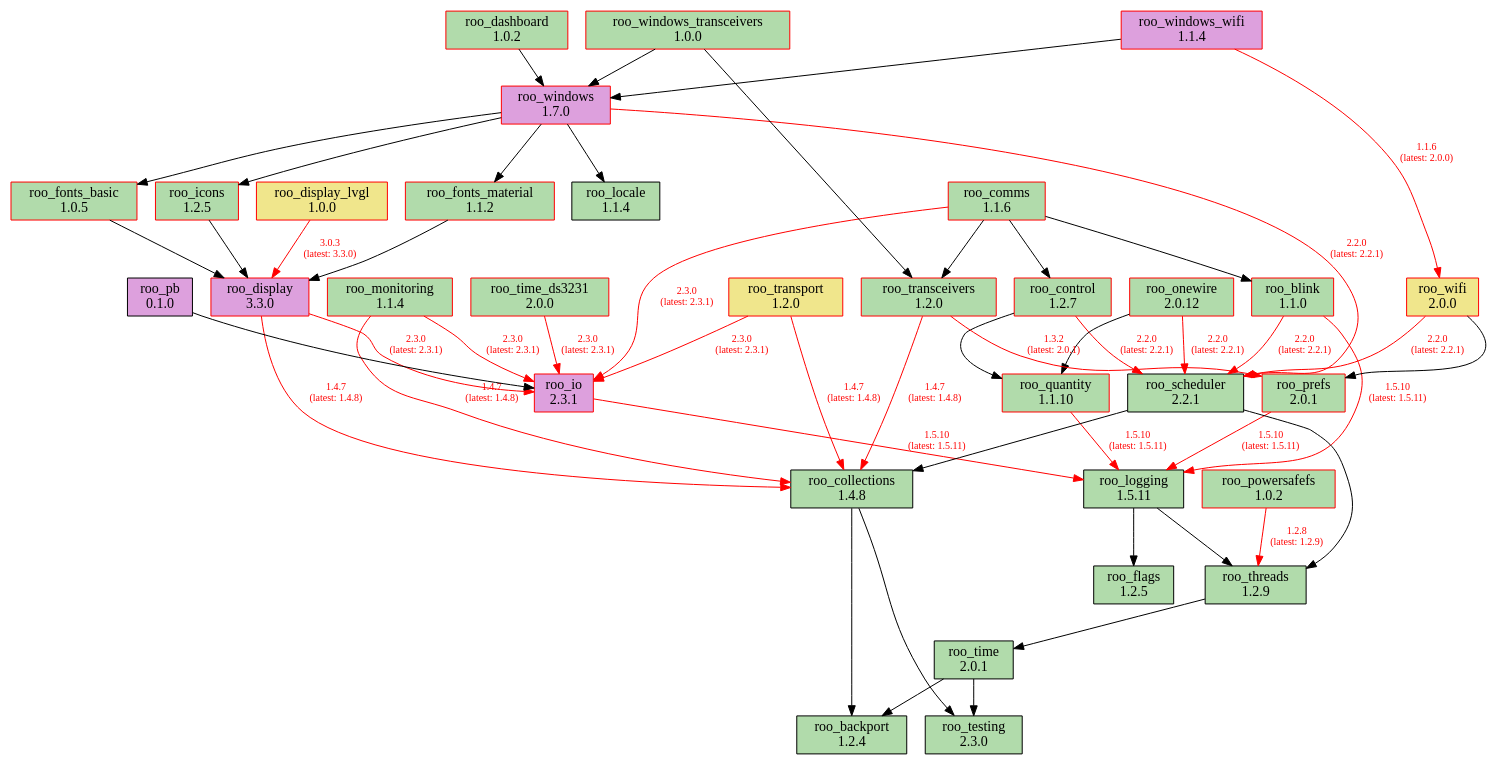
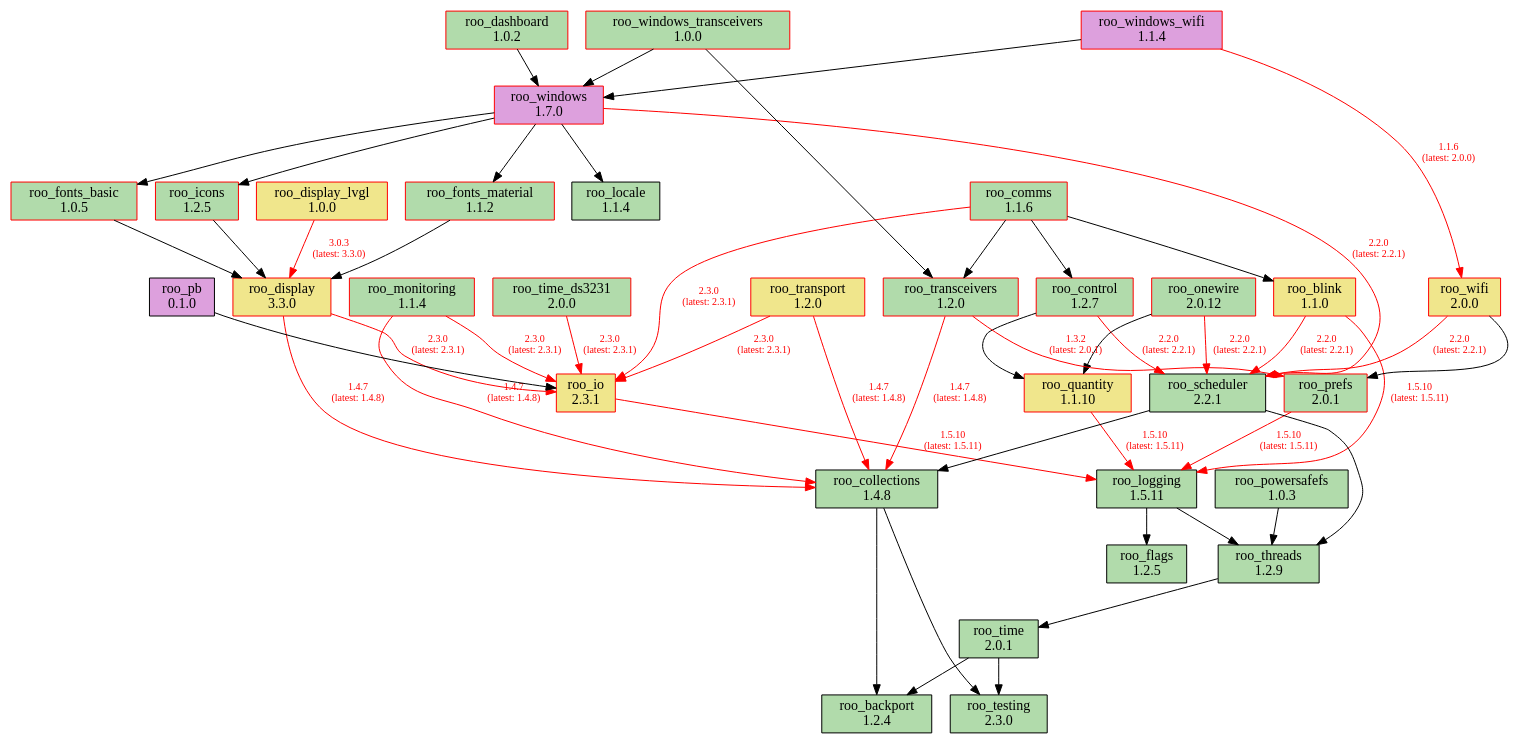
Before and after one commit to dejwk/roo-registry: the diagram in doc/dependencies.dot, drawn with Graphviz. The commit also changed 3 other files, not shown here.

Commit message:
Added roo_powersafefs 1.0.3 to the registry.

```diff
--- a/doc/dependencies.dot
+++ b/doc/dependencies.dot
@@ -1,90 +1,90 @@
 digraph dependencies {
     rankdir=TB;
     node [shape=box, style=filled];
     edge [fontsize=10];
 
     // Modules
     "roo_backport" [label="roo_backport\n1.2.4", fillcolor="#b1dbab", color="black"];
-    "roo_blink" [label="roo_blink\n1.1.0", fillcolor="#b1dbab", color="red"];
+    "roo_blink" [label="roo_blink\n1.1.0", fillcolor="khaki", color="red"];
     "roo_collections" [label="roo_collections\n1.4.8", fillcolor="#b1dbab", color="black"];
     "roo_comms" [label="roo_comms\n1.1.6", fillcolor="#b1dbab", color="red"];
     "roo_control" [label="roo_control\n1.2.7", fillcolor="#b1dbab", color="red"];
     "roo_dashboard" [label="roo_dashboard\n1.0.2", fillcolor="#b1dbab", color="red"];
-    "roo_display" [label="roo_display\n3.3.0", fillcolor="plum", color="red"];
+    "roo_display" [label="roo_display\n3.3.0", fillcolor="khaki", color="red"];
     "roo_display_lvgl" [label="roo_display_lvgl\n1.0.0", fillcolor="khaki", color="red"];
     "roo_flags" [label="roo_flags\n1.2.5", fillcolor="#b1dbab", color="black"];
     "roo_fonts_basic" [label="roo_fonts_basic\n1.0.5", fillcolor="#b1dbab", color="red"];
     "roo_fonts_material" [label="roo_fonts_material\n1.1.2", fillcolor="#b1dbab", color="red"];
     "roo_icons" [label="roo_icons\n1.2.5", fillcolor="#b1dbab", color="red"];
-    "roo_io" [label="roo_io\n2.3.1", fillcolor="plum", color="red"];
+    "roo_io" [label="roo_io\n2.3.1", fillcolor="khaki", color="red"];
     "roo_locale" [label="roo_locale\n1.1.4", fillcolor="#b1dbab", color="black"];
     "roo_logging" [label="roo_logging\n1.5.11", fillcolor="#b1dbab", color="black"];
     "roo_monitoring" [label="roo_monitoring\n1.1.4", fillcolor="#b1dbab", color="red"];
     "roo_onewire" [label="roo_onewire\n2.0.12", fillcolor="#b1dbab", color="red"];
     "roo_pb" [label="roo_pb\n0.1.0", fillcolor="plum", color="black"];
-    "roo_powersafefs" [label="roo_powersafefs\n1.0.2", fillcolor="#b1dbab", color="red"];
+    "roo_powersafefs" [label="roo_powersafefs\n1.0.3", fillcolor="#b1dbab", color="black"];
     "roo_prefs" [label="roo_prefs\n2.0.1", fillcolor="#b1dbab", color="red"];
-    "roo_quantity" [label="roo_quantity\n1.1.10", fillcolor="#b1dbab", color="red"];
+    "roo_quantity" [label="roo_quantity\n1.1.10", fillcolor="khaki", color="red"];
     "roo_scheduler" [label="roo_scheduler\n2.2.1", fillcolor="#b1dbab", color="black"];
     "roo_testing" [label="roo_testing\n2.3.0", fillcolor="#b1dbab", color="black"];
     "roo_threads" [label="roo_threads\n1.2.9", fillcolor="#b1dbab", color="black"];
     "roo_time" [label="roo_time\n2.0.1", fillcolor="#b1dbab", color="black"];
     "roo_time_ds3231" [label="roo_time_ds3231\n2.0.0", fillcolor="#b1dbab", color="red"];
     "roo_transceivers" [label="roo_transceivers\n1.2.0", fillcolor="#b1dbab", color="red"];
     "roo_transport" [label="roo_transport\n1.2.0", fillcolor="khaki", color="red"];
     "roo_wifi" [label="roo_wifi\n2.0.0", fillcolor="khaki", color="red"];
     "roo_windows" [label="roo_windows\n1.7.0", fillcolor="plum", color="red"];
     "roo_windows_transceivers" [label="roo_windows_transceivers\n1.0.0", fillcolor="#b1dbab", color="red"];
     "roo_windows_wifi" [label="roo_windows_wifi\n1.1.4", fillcolor="plum", color="red"];
 
     // Dependencies
     "roo_blink" -> "roo_logging" [color=red, fontcolor=red, label="1.5.10\n(latest: 1.5.11)"];
     "roo_blink" -> "roo_scheduler" [color=red, fontcolor=red, label="2.2.0\n(latest: 2.2.1)"];
     "roo_collections" -> "roo_testing";
     "roo_collections" -> "roo_backport";
     "roo_comms" -> "roo_blink";
     "roo_comms" -> "roo_control";
     "roo_comms" -> "roo_io" [color=red, fontcolor=red, label="2.3.0\n(latest: 2.3.1)"];
     "roo_comms" -> "roo_transceivers";
     "roo_control" -> "roo_quantity";
     "roo_control" -> "roo_scheduler" [color=red, fontcolor=red, label="2.2.0\n(latest: 2.2.1)"];
     "roo_dashboard" -> "roo_windows";
     "roo_display" -> "roo_collections" [color=red, fontcolor=red, label="1.4.7\n(latest: 1.4.8)"];
     "roo_display" -> "roo_io" [color=red, fontcolor=red, label="2.3.0\n(latest: 2.3.1)"];
     "roo_display_lvgl" -> "roo_display" [color=red, fontcolor=red, label="3.0.3\n(latest: 3.3.0)"];
     "roo_fonts_basic" -> "roo_display";
     "roo_fonts_material" -> "roo_display";
     "roo_icons" -> "roo_display";
     "roo_io" -> "roo_logging" [color=red, fontcolor=red, label="1.5.10\n(latest: 1.5.11)"];
     "roo_logging" -> "roo_flags";
     "roo_logging" -> "roo_threads";
     "roo_monitoring" -> "roo_collections" [color=red, fontcolor=red, label="1.4.7\n(latest: 1.4.8)"];
     "roo_monitoring" -> "roo_io" [color=red, fontcolor=red, label="2.3.0\n(latest: 2.3.1)"];
     "roo_onewire" -> "roo_scheduler" [color=red, fontcolor=red, label="2.2.0\n(latest: 2.2.1)"];
     "roo_onewire" -> "roo_quantity";
     "roo_pb" -> "roo_io";
-    "roo_powersafefs" -> "roo_threads" [color=red, fontcolor=red, label="1.2.8\n(latest: 1.2.9)"];
+    "roo_powersafefs" -> "roo_threads";
     "roo_prefs" -> "roo_logging" [color=red, fontcolor=red, label="1.5.10\n(latest: 1.5.11)"];
     "roo_quantity" -> "roo_logging" [color=red, fontcolor=red, label="1.5.10\n(latest: 1.5.11)"];
     "roo_scheduler" -> "roo_collections";
     "roo_scheduler" -> "roo_threads";
     "roo_threads" -> "roo_time";
     "roo_time" -> "roo_testing";
     "roo_time" -> "roo_backport";
     "roo_time_ds3231" -> "roo_io" [color=red, fontcolor=red, label="2.3.0\n(latest: 2.3.1)"];
     "roo_transceivers" -> "roo_collections" [color=red, fontcolor=red, label="1.4.7\n(latest: 1.4.8)"];
     "roo_transceivers" -> "roo_prefs" [color=red, fontcolor=red, label="1.3.2\n(latest: 2.0.1)"];
     "roo_transport" -> "roo_collections" [color=red, fontcolor=red, label="1.4.7\n(latest: 1.4.8)"];
     "roo_transport" -> "roo_io" [color=red, fontcolor=red, label="2.3.0\n(latest: 2.3.1)"];
     "roo_wifi" -> "roo_prefs";
     "roo_wifi" -> "roo_scheduler" [color=red, fontcolor=red, label="2.2.0\n(latest: 2.2.1)"];
     "roo_windows" -> "roo_fonts_basic";
     "roo_windows" -> "roo_fonts_material";
     "roo_windows" -> "roo_locale";
     "roo_windows" -> "roo_icons";
     "roo_windows" -> "roo_scheduler" [color=red, fontcolor=red, label="2.2.0\n(latest: 2.2.1)"];
     "roo_windows_transceivers" -> "roo_transceivers";
     "roo_windows_transceivers" -> "roo_windows";
     "roo_windows_wifi" -> "roo_wifi" [color=red, fontcolor=red, label="1.1.6\n(latest: 2.0.0)"];
     "roo_windows_wifi" -> "roo_windows";
 }
```
